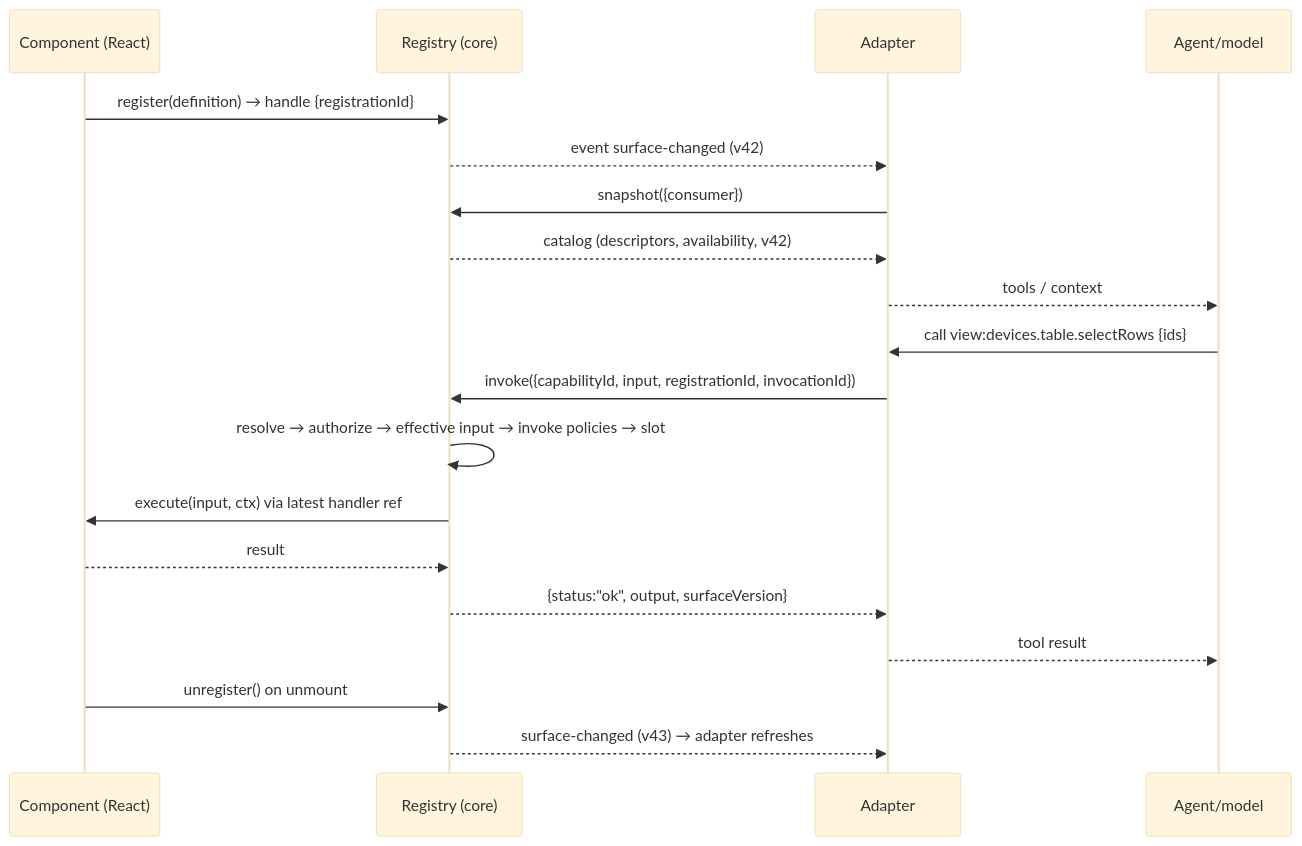
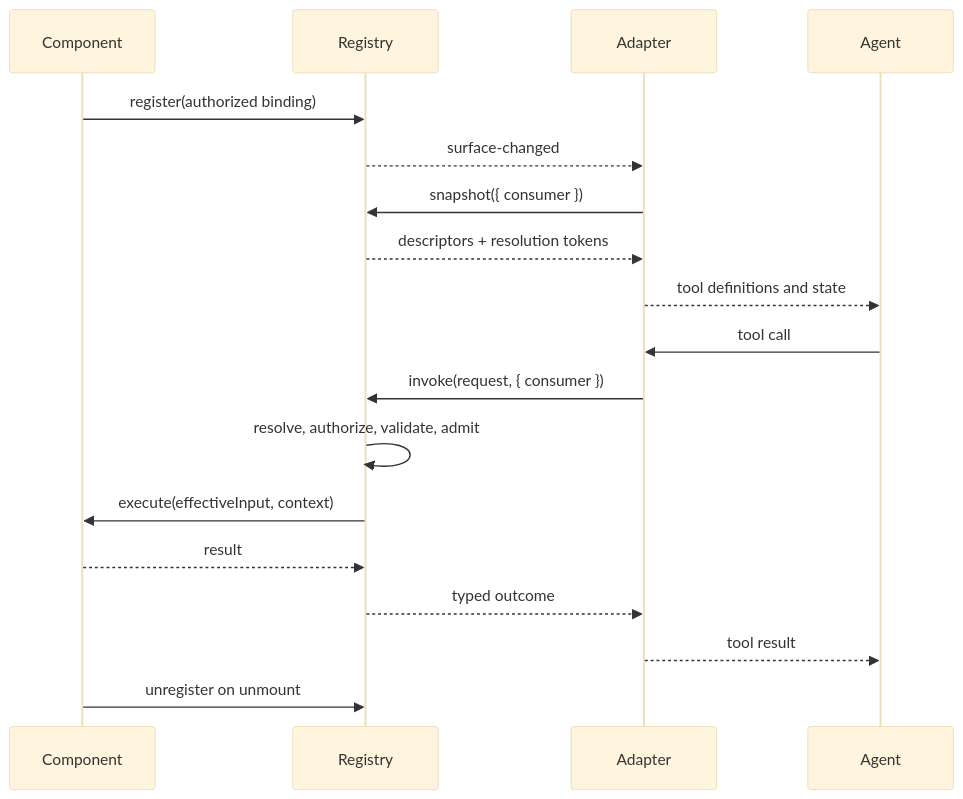
One commit to Wiseair-srl/agent-surface changed the third of 3 diagrams in docs/02-architecture.md. Above: the diagram before and after it, drawn with Mermaid (base theme). The commit also changed other lines of this file and 55 other files, not shown here.

First line of the commit message:
feat: close capability authority invariant; authorize external contracts

````diff
--- a/docs/02-architecture.md
+++ b/docs/02-architecture.md
@@ -136,22 +186,21 @@
 ```mermaid
 sequenceDiagram
-    participant C as Component (React)
-    participant R as Registry (core)
+    participant C as Component
+    participant R as Registry
     participant A as Adapter
-    participant M as Agent/model
+    participant M as Agent
 
-    C->>R: register(definition) → handle {registrationId}
-    R-->>A: event surface-changed (v42)
-    A->>R: snapshot({consumer})
-    R-->>A: catalog (descriptors, availability, v42)
-    A-->>M: tools / context
-    M->>A: call view:devices.table.selectRows {ids}
-    A->>R: invoke({capabilityId, input, registrationId, invocationId})
-    R->>R: resolve → authorize → effective input → invoke policies → slot
-    R->>C: execute(input, ctx) via latest handler ref
+    C->>R: register(authorized binding)
+    R-->>A: surface-changed
+    A->>R: snapshot({ consumer })
+    R-->>A: descriptors + resolution tokens
+    A-->>M: tool definitions and state
+    M->>A: tool call
+    A->>R: invoke(request, { consumer })
+    R->>R: resolve, authorize, validate, admit
+    R->>C: execute(effectiveInput, context)
     C-->>R: result
-    R-->>A: {status:"ok", output, surfaceVersion}
+    R-->>A: typed outcome
     A-->>M: tool result
-    C->>R: unregister() on unmount
-    R-->>A: surface-changed (v43) → adapter refreshes
+    C->>R: unregister on unmount
 ```
````
